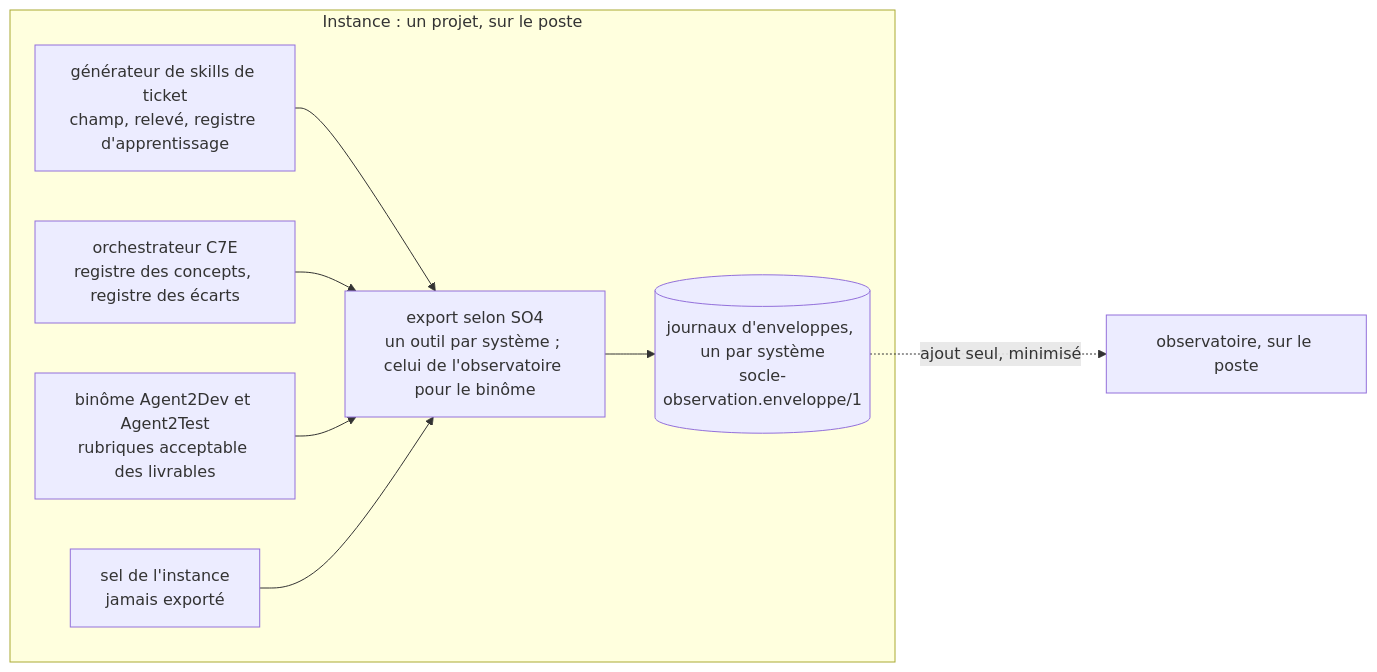
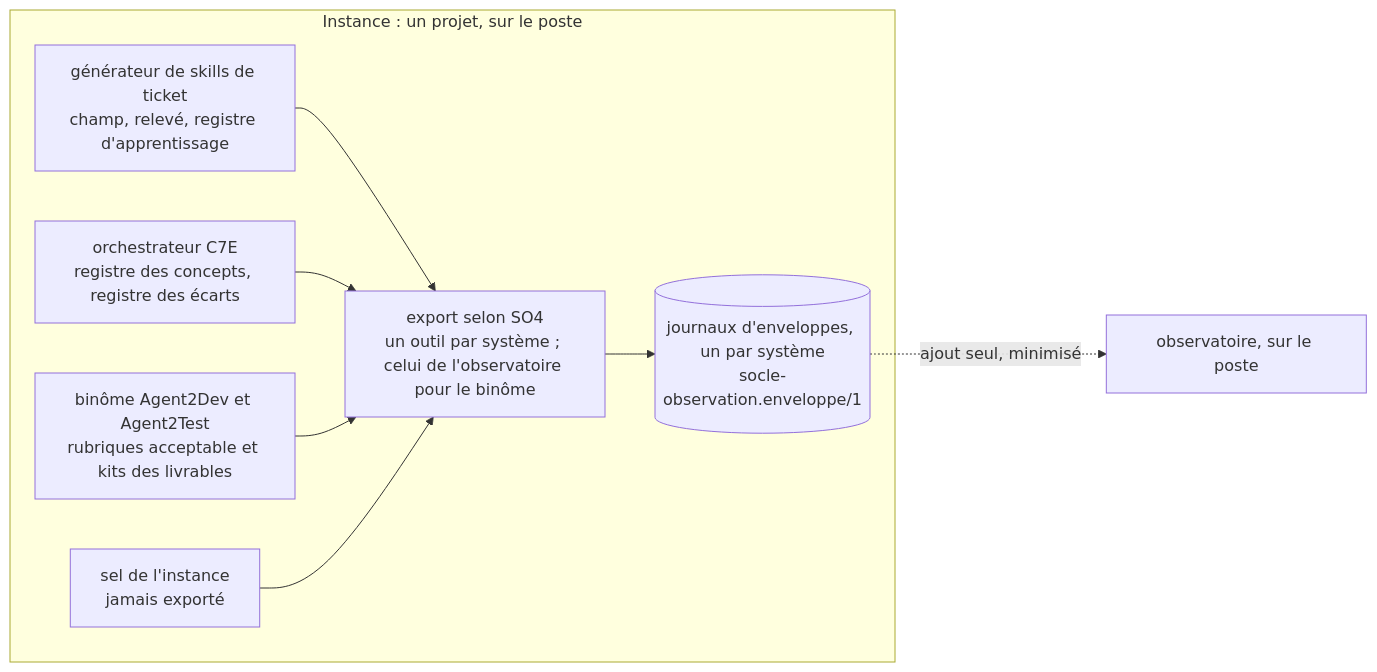
The diagram in specs/socle-observation/SKILL.md (FredGarcia/Agent2Prompt), drawn with Mermaid before and after one commit. The commit also changed other lines of this file and 90 other files, not shown here.

````diff
--- a/specs/socle-observation/SKILL.md
+++ b/specs/socle-observation/SKILL.md
@@ -17,18 +17,18 @@
 ```mermaid
 flowchart LR
   subgraph INSTANCE["Instance : un projet, sur le poste"]
     GEN["générateur de skills de ticket<br/>champ, relevé, registre d'apprentissage"]
     C7E["orchestrateur C7E<br/>registre des concepts, registre des écarts"]
-    BIN["binôme Agent2Dev et Agent2Test<br/>rubriques acceptable des livrables"]
+    BIN["binôme Agent2Dev et Agent2Test<br/>rubriques acceptable et kits des livrables"]
     SEL["sel de l'instance<br/>jamais exporté"]
     EXP["export selon SO4<br/>un outil par système ; celui de l'observatoire pour le binôme"]
     J[("journaux d'enveloppes, un par système<br/>socle-observation.enveloppe/1")]
   end
   OBS["observatoire, sur le poste"]
   GEN --> EXP
   C7E --> EXP
   BIN --> EXP
   SEL --> EXP
   EXP --> J
   J -.->|"ajout seul, minimisé"| OBS
 ```
````
